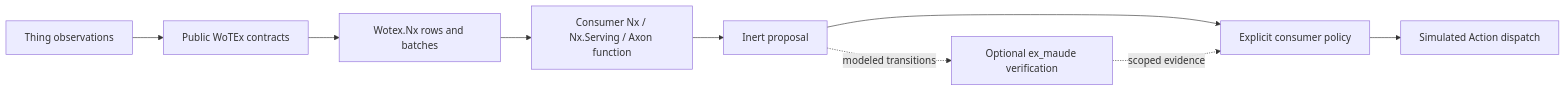
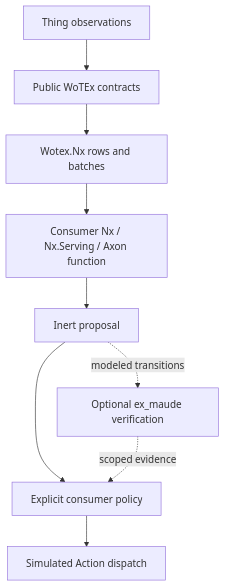
One commit to wotex-project/wotex changed the diagram in packages/wotex-lab/README.md. Above: the diagram before and after it, drawn with Mermaid. The commit also changed other lines of this file and 11 other files, not shown here.

````diff
--- a/packages/wotex-lab/README.md
+++ b/packages/wotex-lab/README.md
@@ -97,11 +97,11 @@
 ```mermaid
-flowchart LR
+flowchart TD
   T[Thing observations] --> W[Public WoTEx contracts]
   W --> N[Wotex.Nx rows and batches]
   N --> X[Consumer Nx / Nx.Serving / Axon function]
   X --> P[Inert proposal]
   P --> A[Explicit consumer policy]
   P -. modeled transitions .-> M[Optional ex_maude verification]
   M -. scoped evidence .-> A
   A --> E[Simulated Action dispatch]
 ```
````
